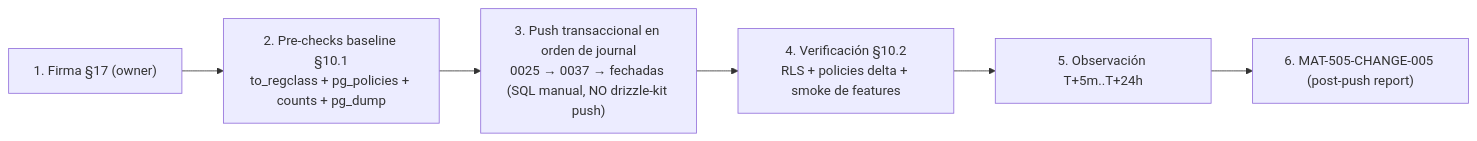
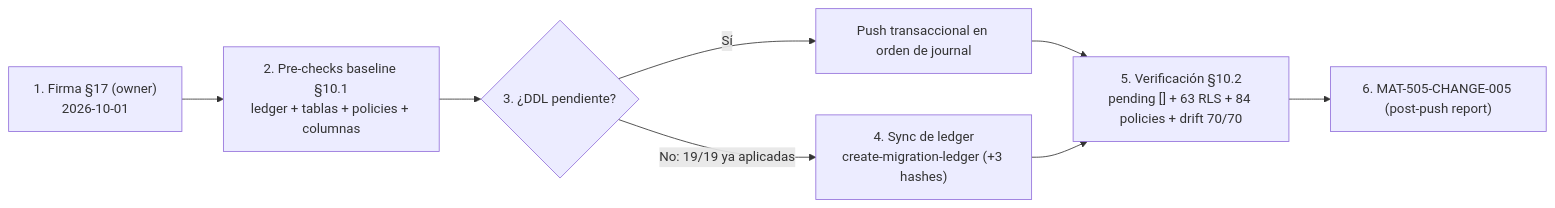
One commit to StrategicConnex/StrategicConnexAudit changed the diagram in docs/database/CHANGE-005-APPROVAL-PACKAGE.md. Above: the diagram before and after it, drawn with Mermaid. The commit also changed other lines of this file and 5 other files, not shown here.

First line of the commit message:
docs(database): CHANGE-005 ejecutado y verificado — 19/19 aplicadas + ledger sincronizado

````diff
--- a/docs/database/CHANGE-005-APPROVAL-PACKAGE.md
+++ b/docs/database/CHANGE-005-APPROVAL-PACKAGE.md
@@ -137,8 +139,10 @@
 ```mermaid
 flowchart LR
-    A["1. Firma §17 (owner)"] --> B["2. Pre-checks baseline §10.1<br/>to_regclass + pg_policies + counts + pg_dump"]
-    B --> C["3. Push transaccional en orden de journal<br/>0025 → 0037 → fechadas (SQL manual, NO drizzle-kit push)"]
-    C --> D["4. Verificación §10.2<br/>RLS + policies delta + smoke de features"]
-    D --> E["5. Observación T+5m..T+24h"]
-    E --> F["6. MAT-505-CHANGE-005 (post-push report)"]
+    A["1. Firma §17 (owner)<br/>2026-10-01"] --> B["2. Pre-checks baseline §10.1<br/>ledger + tablas + policies + columnas"]
+    B --> C{"3. ¿DDL pendiente?"}
+    C -->|"No: 19/19 ya aplicadas"| D["4. Sync de ledger<br/>create-migration-ledger (+3 hashes)"]
+    C -->|"Sí"| E["Push transaccional en orden de journal"]
+    E --> F["5. Verificación §10.2<br/>pending [] + 63 RLS + 84 policies + drift 70/70"]
+    D --> F
+    F --> G["6. MAT-505-CHANGE-005 (post-push report)"]
 ```
````
